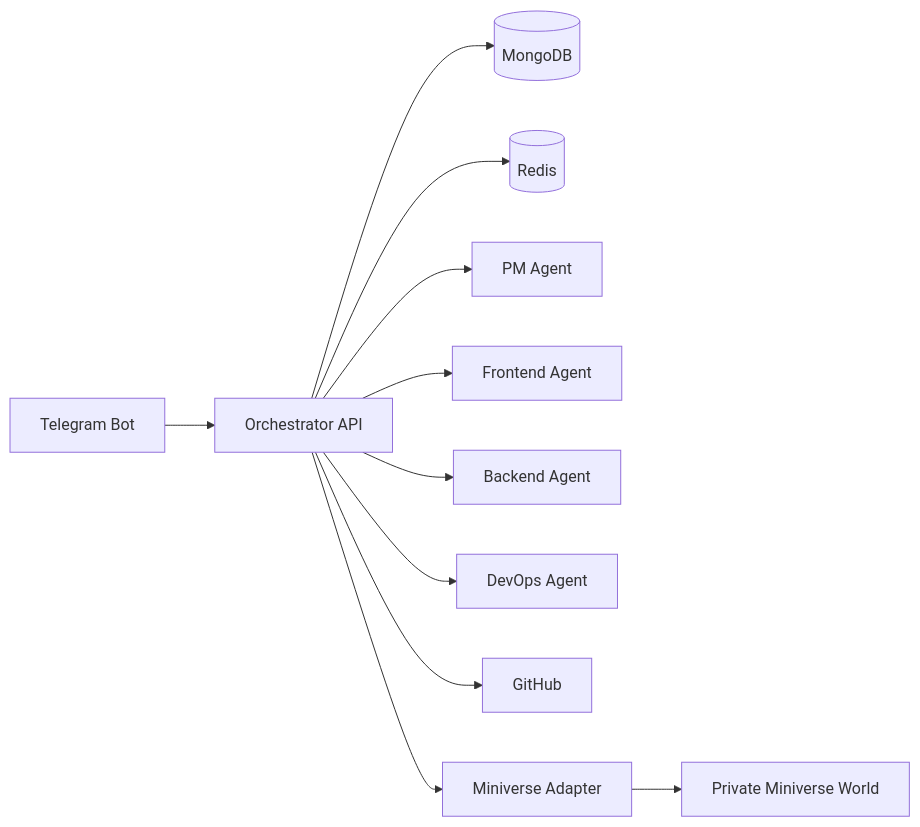
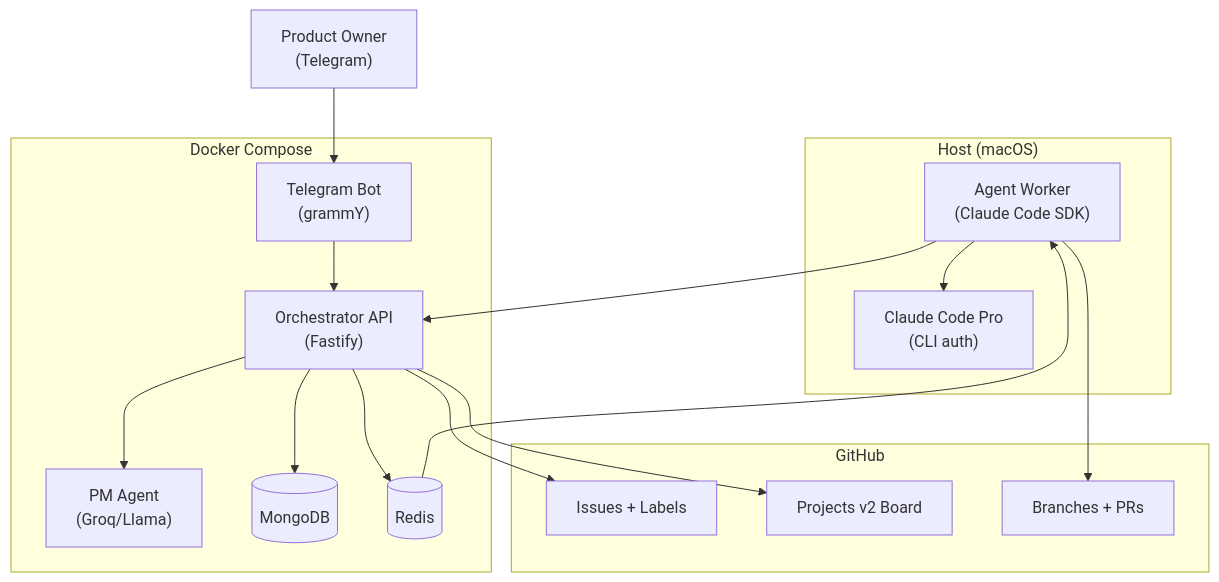
The diagram in docs/ARCHITECTURE.md (eruizpy/nitrocircus), drawn with Mermaid before and after one commit. The commit also changed other lines of this file and 33 other files, not shown here.

````diff
--- a/docs/ARCHITECTURE.md
+++ b/docs/ARCHITECTURE.md
@@ -83,13 +76,34 @@
 ```mermaid
-flowchart LR
-    TG[Telegram Bot] --> ORCH[Orchestrator API]
-    ORCH --> MONGO[(MongoDB)]
-    ORCH --> REDIS[(Redis)]
-    ORCH --> PM[PM Agent]
-    ORCH --> FE[Frontend Agent]
-    ORCH --> BE[Backend Agent]
-    ORCH --> DO[DevOps Agent]
-    ORCH --> GH[GitHub]
-    ORCH --> MV[Miniverse Adapter]
-    MV --> WORLD[Private Miniverse World]
+flowchart TB
+    subgraph host["Host (macOS)"]
+        WORKER["Agent Worker\n(Claude Code SDK)"]
+        CLAUDE["Claude Code Pro\n(CLI auth)"]
+        WORKER --> CLAUDE
+    end
+
+    subgraph docker["Docker Compose"]
+        TG["Telegram Bot\n(grammY)"]
+        ORCH["Orchestrator API\n(Fastify)"]
+        PM["PM Agent\n(Groq/Llama)"]
+        MONGO[("MongoDB")]
+        REDIS[("Redis")]
+
+        TG --> ORCH
+        ORCH --> PM
+        ORCH --> MONGO
+        ORCH --> REDIS
+    end
+
+    subgraph github["GitHub"]
+        ISSUES["Issues + Labels"]
+        BOARD["Projects v2 Board"]
+        PRS["Branches + PRs"]
+    end
+
+    PO["Product Owner\n(Telegram)"] --> TG
+    ORCH --> ISSUES
+    ORCH --> BOARD
+    REDIS --> WORKER
+    WORKER --> ORCH
+    WORKER --> PRS
 ```
````
